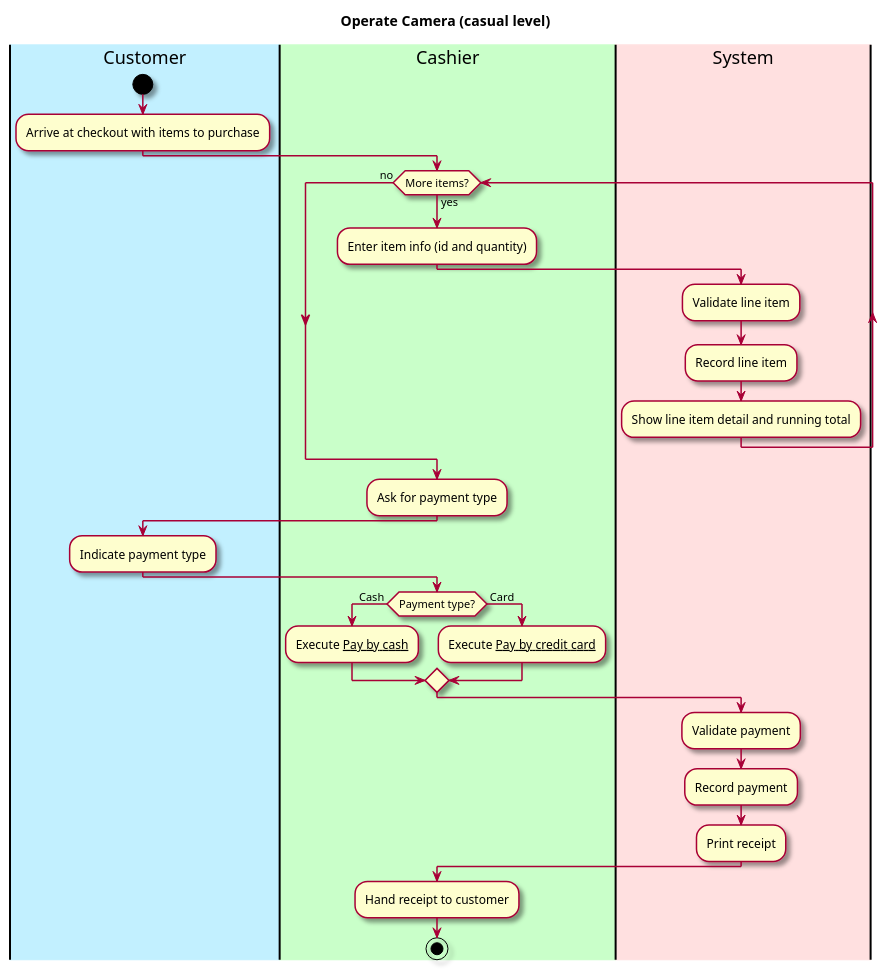
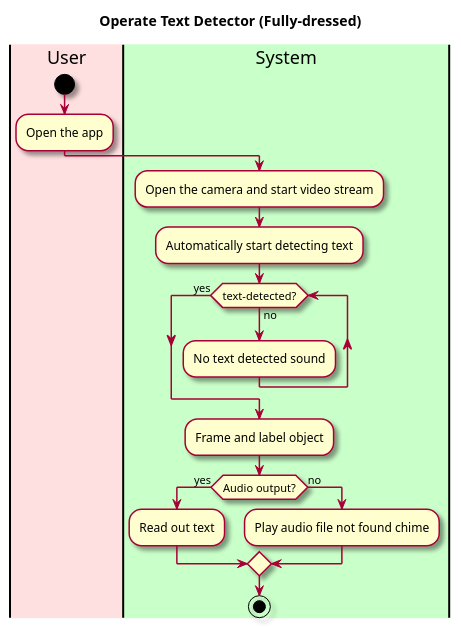
One commit to tonyh1306/OBRE-Vision-through-a-screen changed the diagram in intellij/doc/use-cases/recognize-text.md. Above: the diagram before and after it, drawn with PlantUML. The commit also changed other lines of this file and 2 other files, not shown here.

Commit message:
Adds Recognize-text Workflow Diagram

````diff
--- a/intellij/doc/use-cases/recognize-text.md
+++ b/intellij/doc/use-cases/recognize-text.md
@@ -39,48 +30,30 @@
 ```plantuml
 @startuml
 
 skin rose
 
-title Operate Camera (casual level)
+title Operate Text Detector (Fully-dressed)
 
 'define the lanes
-|#application|Customer|
-|#technology|Cashier|
-|#implementation|System|
+|#implementation|User|
+|#technology|System|
 
-|Customer|
+|User|
 start
-:Arrive at checkout with items to purchase;
-
-|Cashier|
-while (More items?) is (yes)
-  :Enter item info (id and quantity);
-  |System|
-  :Validate line item;
-  :Record line item;
-  :Show line item detail and running total;
-  |Cashier|
-endwhile (no)
-
-
-:Ask for payment type;
-
-|Customer|
-:Indicate payment type;
-
-|Cashier|
-if (Payment type?) is  ( Cash ) then
-:Execute __Pay by cash__;
-else ( Card ) 
-:Execute __Pay by credit card__;
-endif
+:Open the app;
 
 |System|
-:Validate payment;
-:Record payment;
-:Print receipt;
-|Cashier|
-:Hand receipt to customer;
+:Open the camera and start video stream;
+:Automatically start detecting text;
+while (text-detected?) is (no)
+:No text detected sound;
+endwhile(yes)
+:Frame and label object;
+if (Audio output?) then (yes)
+:Read out text;
+else (no)
+:Play audio file not found chime;
+endif
 stop
 @enduml
 ```
````
